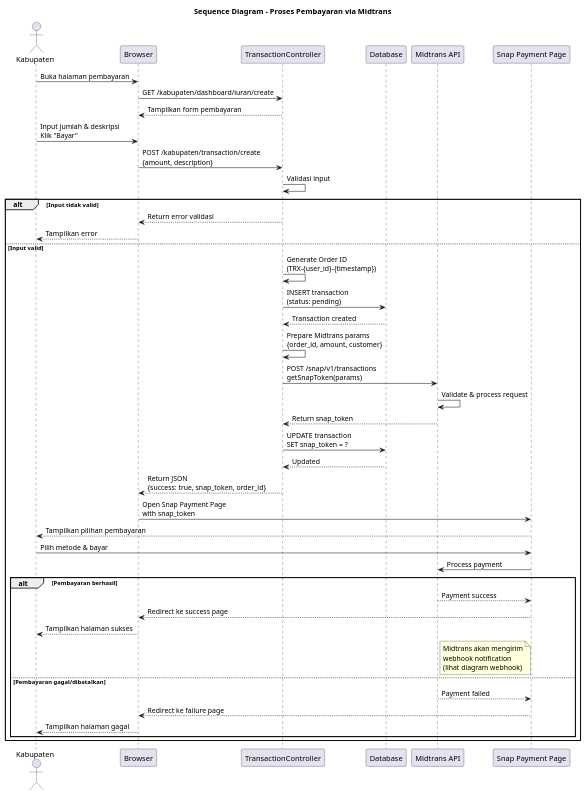
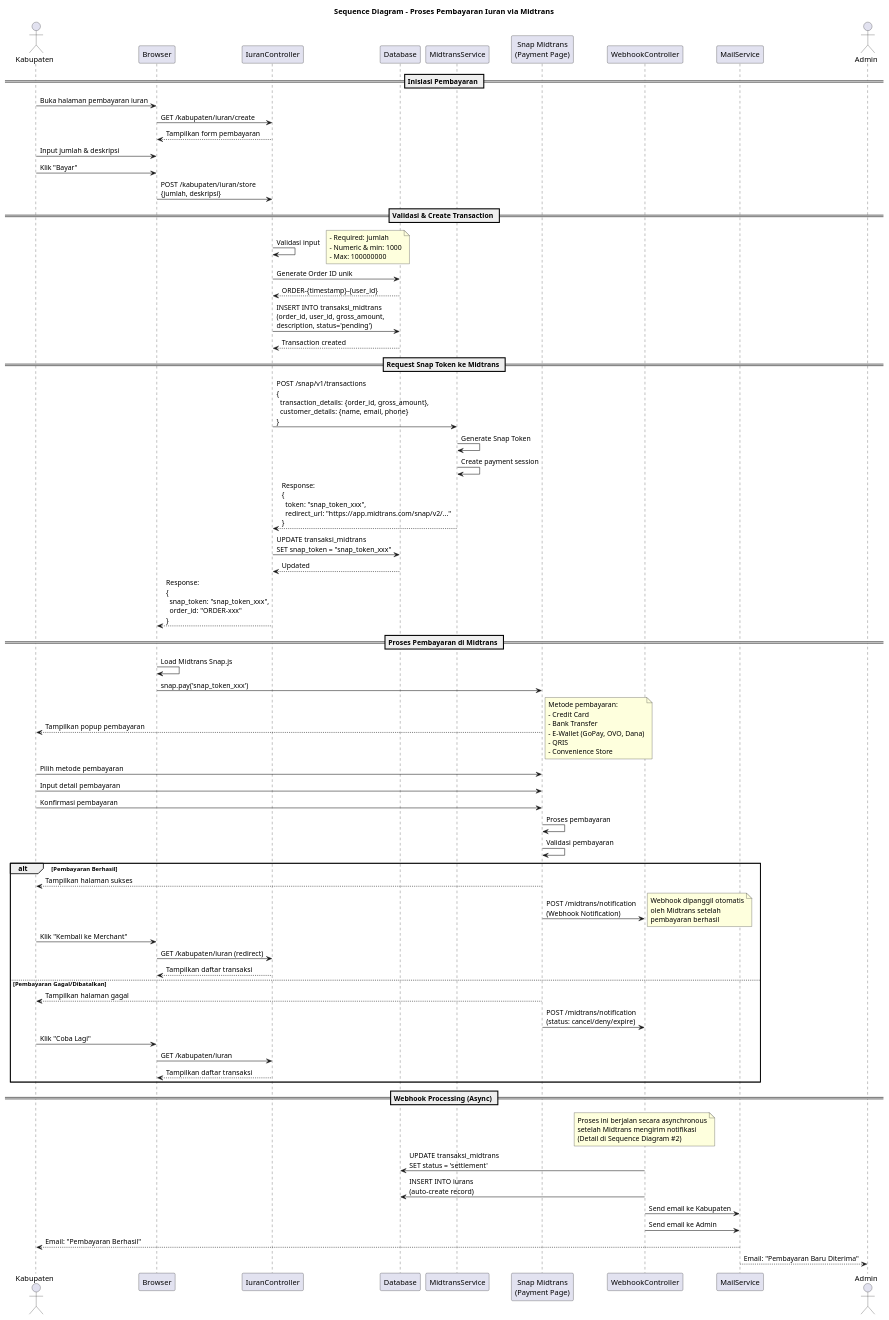
The first of 2 diagrams in docs/sequence.md (Windyvivianosa5/iuran), drawn with PlantUML before and after one commit. The commit also changed other lines of this file and 59 other files, not shown here.

````diff
--- a/docs/sequence.md
+++ b/docs/sequence.md
@@ -90,65 +25,116 @@
 ```plantuml
 @startuml
-title Sequence Diagram - Proses Pembayaran via Midtrans
+title Sequence Diagram - Proses Pembayaran Iuran via Midtrans
 
-actor Kabupaten
+actor "Kabupaten" as User
 participant "Browser" as Browser
-participant "TransactionController" as TC
+participant "IuranController" as Controller
 participant "Database" as DB
-participant "Midtrans API" as Midtrans
-participant "Snap Payment Page" as Snap
+participant "MidtransService" as Midtrans
+participant "Snap Midtrans\n(Payment Page)" as Snap
+participant "WebhookController" as Webhook
+participant "MailService" as Mail
+actor "Admin" as Admin
 
-Kabupaten -> Browser: Buka halaman pembayaran
-Browser -> TC: GET /kabupaten/dashboard/iuran/create
-TC --> Browser: Tampilkan form pembayaran
+== Inisiasi Pembayaran ==
 
-Kabupaten -> Browser: Input jumlah & deskripsi\nKlik "Bayar"
-Browser -> TC: POST /kabupaten/transaction/create\n{amount, description}
+User -> Browser: Buka halaman pembayaran iuran
+Browser -> Controller: GET /kabupaten/iuran/create
+Controller --> Browser: Tampilkan form pembayaran
 
-TC -> TC: Validasi input
-alt Input tidak valid
-    TC --> Browser: Return error validasi
-    Browser --> Kabupaten: Tampilkan error
-else Input valid
-    TC -> TC: Generate Order ID\n(TRX-{user_id}-{timestamp})
+User -> Browser: Input jumlah & deskripsi
+User -> Browser: Klik "Bayar"
+
+Browser -> Controller: POST /kabupaten/iuran/store\n{jumlah, deskripsi}
+
+== Validasi & Create Transaction ==
+
+Controller -> Controller: Validasi input
+note right
+  - Required: jumlah
+  - Numeric & min: 1000
+  - Max: 100000000
+end note
+
+Controller -> DB: Generate Order ID unik
+DB --> Controller: ORDER-{timestamp}-{user_id}
+
+Controller -> DB: INSERT INTO transaksi_midtrans\n(order_id, user_id, gross_amount,\ndescription, status='pending')
+DB --> Controller: Transaction created
+
+== Request Snap Token ke Midtrans ==
+
+Controller -> Midtrans: POST /snap/v1/transactions\n{\n  transaction_details: {order_id, gross_amount},\n  customer_details: {name, email, phone}\n}
+
+Midtrans -> Midtrans: Generate Snap Token
+Midtrans -> Midtrans: Create payment session
+
+Midtrans --> Controller: Response:\n{\n  token: "snap_token_xxx",\n  redirect_url: "https://app.midtrans.com/snap/v2/..."\n}
+
+Controller -> DB: UPDATE transaksi_midtrans\nSET snap_token = "snap_token_xxx"
+DB --> Controller: Updated
+
+Controller --> Browser: Response:\n{\n  snap_token: "snap_token_xxx",\n  order_id: "ORDER-xxx"\n}
+
+== Proses Pembayaran di Midtrans ==
+
+Browser -> Browser: Load Midtrans Snap.js
+Browser -> Snap: snap.pay('snap_token_xxx')
+
+Snap --> User: Tampilkan popup pembayaran
+note right
+  Metode pembayaran:
+  - Credit Card
+  - Bank Transfer
+  - E-Wallet (GoPay, OVO, Dana)
+  - QRIS
+  - Convenience Store
+end note
+
+User -> Snap: Pilih metode pembayaran
+User -> Snap: Input detail pembayaran
+User -> Snap: Konfirmasi pembayaran
+
+Snap -> Snap: Proses pembayaran
+Snap -> Snap: Validasi pembayaran
+
+alt Pembayaran Berhasil
+    Snap --> User: Tampilkan halaman sukses
+    Snap -> Webhook: POST /midtrans/notification\n(Webhook Notification)
+    note right
+      Webhook dipanggil otomatis
+      oleh Midtrans setelah
+      pembayaran berhasil
+    end note
     
-    TC -> DB: INSERT transaction\n(status: pending)
-    DB --> TC: Transaction created
+    User -> Browser: Klik "Kembali ke Merchant"
+    Browser -> Controller: GET /kabupaten/iuran (redirect)
+    Controller --> Browser: Tampilkan daftar transaksi
     
-    TC -> TC: Prepare Midtrans params\n{order_id, amount, customer}
+else Pembayaran Gagal/Dibatalkan
+    Snap --> User: Tampilkan halaman gagal
+    Snap -> Webhook: POST /midtrans/notification\n(status: cancel/deny/expire)
     
-    TC -> Midtrans: POST /snap/v1/transactions\ngetSnapToken(params)
-    Midtrans -> Midtrans: Validate & process request
-    Midtrans --> TC: Return snap_token
-    
-    TC -> DB: UPDATE transaction\nSET snap_token = ?
-    DB --> TC: Updated
-    
-    TC --> Browser: Return JSON\n{success: true, snap_token, order_id}
-    
-    Browser -> Snap: Open Snap Payment Page\nwith snap_token
-    Snap --> Kabupaten: Tampilkan pilihan pembayaran
-    
-    Kabupaten -> Snap: Pilih metode & bayar
-    Snap -> Midtrans: Process payment
-    
-    alt Pembayaran berhasil
-        Midtrans --> Snap: Payment success
-        Snap --> Browser: Redirect ke success page
-        Browser --> Kabupaten: Tampilkan halaman sukses
-        
-        note right of Midtrans
-            Midtrans akan mengirim
-            webhook notification
-            (lihat diagram webhook)
-        end note
-        
-    else Pembayaran gagal/dibatalkan
-        Midtrans --> Snap: Payment failed
-        Snap --> Browser: Redirect ke failure page
-        Browser --> Kabupaten: Tampilkan halaman gagal
-    end
+    User -> Browser: Klik "Coba Lagi"
+    Browser -> Controller: GET /kabupaten/iuran
+    Controller --> Browser: Tampilkan daftar transaksi
 end
+
+== Webhook Processing (Async) ==
+
+note over Webhook
+  Proses ini berjalan secara asynchronous
+  setelah Midtrans mengirim notifikasi
+  (Detail di Sequence Diagram #2)
+end note
+
+Webhook -> DB: UPDATE transaksi_midtrans\nSET status = 'settlement'
+Webhook -> DB: INSERT INTO iurans\n(auto-create record)
+Webhook -> Mail: Send email ke Kabupaten
+Webhook -> Mail: Send email ke Admin
+
+Mail --> User: Email: "Pembayaran Berhasil"
+Mail --> Admin: Email: "Pembayaran Baru Diterima"
 
 @enduml
 ```
````
